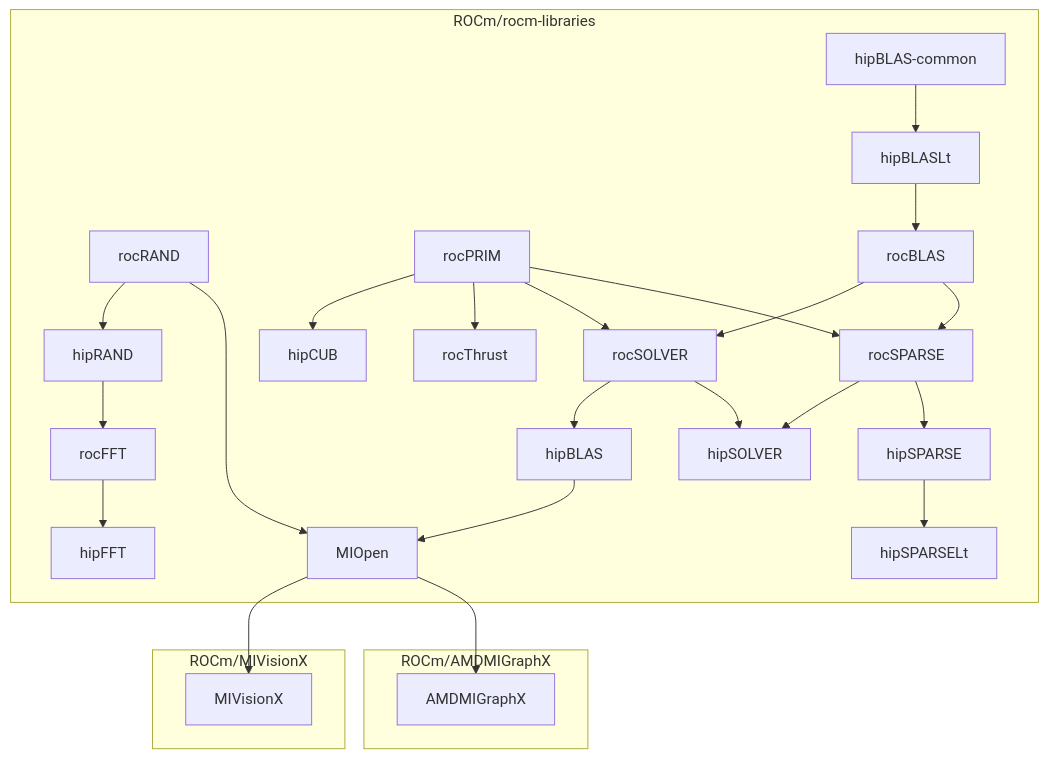
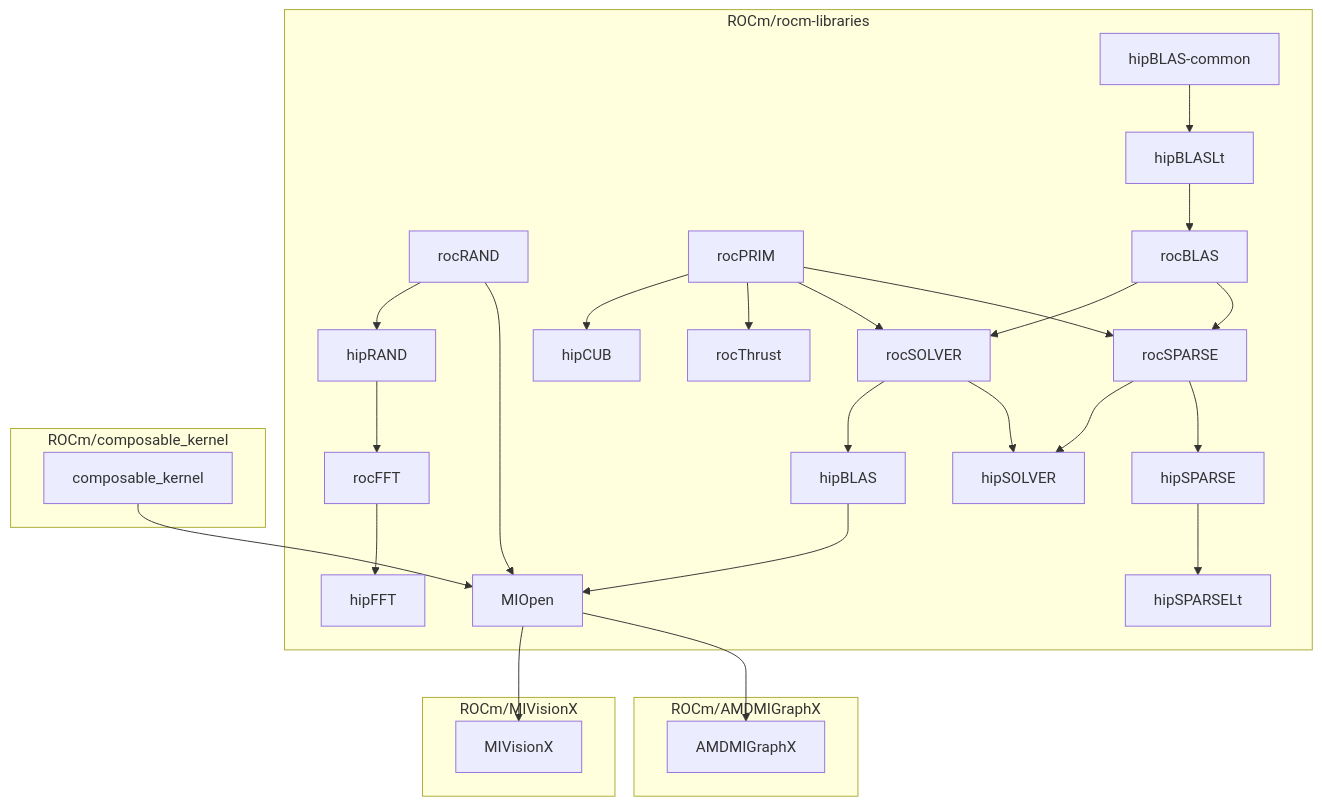
Before and after one commit to robotchaoX/rocm-libraries: the diagram in docs/continuous-integration.md, drawn with Mermaid.

Commit message:
add ck to miopen path

````diff
--- a/docs/continuous-integration.md
+++ b/docs/continuous-integration.md
@@ -94,49 +94,53 @@
 ```mermaid
 graph TD;
   subgraph ROCm/rocm-libraries
     rocRAND
     hipRAND
     rocFFT
     hipFFT
     rocPRIM
     hipCUB
     rocThrust
     hipBLAS-common
     hipBLASLt
     rocBLAS
     rocSOLVER
     rocSPARSE
     hipBLAS
     hipSOLVER
     hipSPARSE
     MIOpen
     hipSPARSELt
   end
   subgraph ROCm/MIVisionX
     MIVisionX
   end
   subgraph ROCm/AMDMIGraphX
     AMDMIGraphX
   end
+  subgraph ROCm/composable_kernel
+    composable_kernel
+  end
 
   rocRAND-->hipRAND
   rocRAND-->MIOpen
   hipRAND-->rocFFT
   rocFFT-->hipFFT
   rocPRIM-->hipCUB
   rocPRIM-->rocThrust
   rocPRIM-->rocSOLVER
   rocPRIM-->rocSPARSE
   hipBLAS-common-->hipBLASLt
   hipBLASLt-->rocBLAS
   rocBLAS-->rocSOLVER
   rocBLAS-->rocSPARSE
   rocSOLVER-->hipBLAS
   rocSOLVER-->hipSOLVER
   rocSPARSE-->hipSOLVER
   rocSPARSE-->hipSPARSE
   hipBLAS-->MIOpen
   hipSPARSE-->hipSPARSELt
   MIOpen-->MIVisionX
   MIOpen-->AMDMIGraphX
+  composable_kernel-->MIOpen
 ```
````
